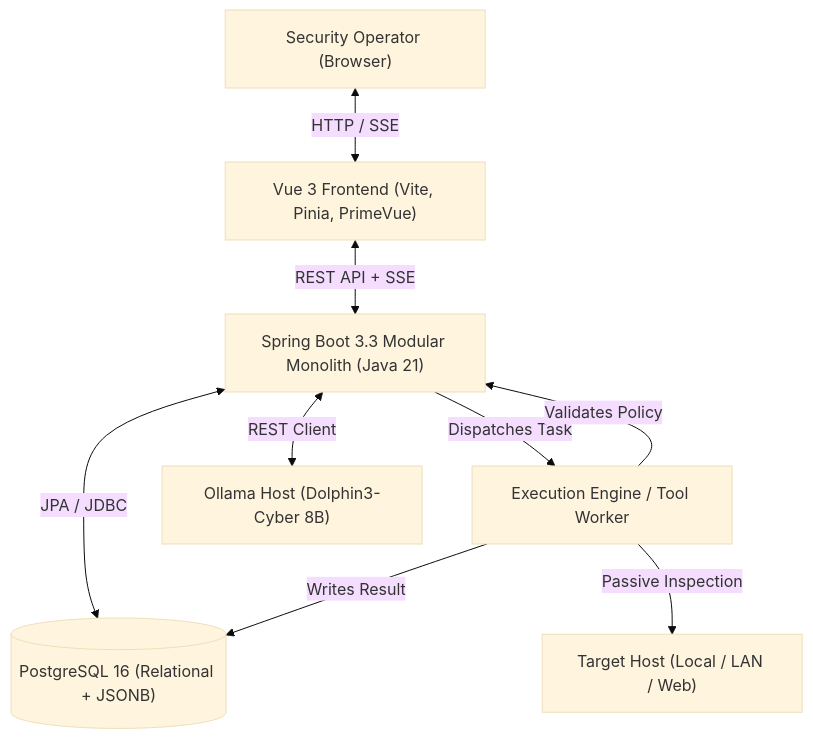
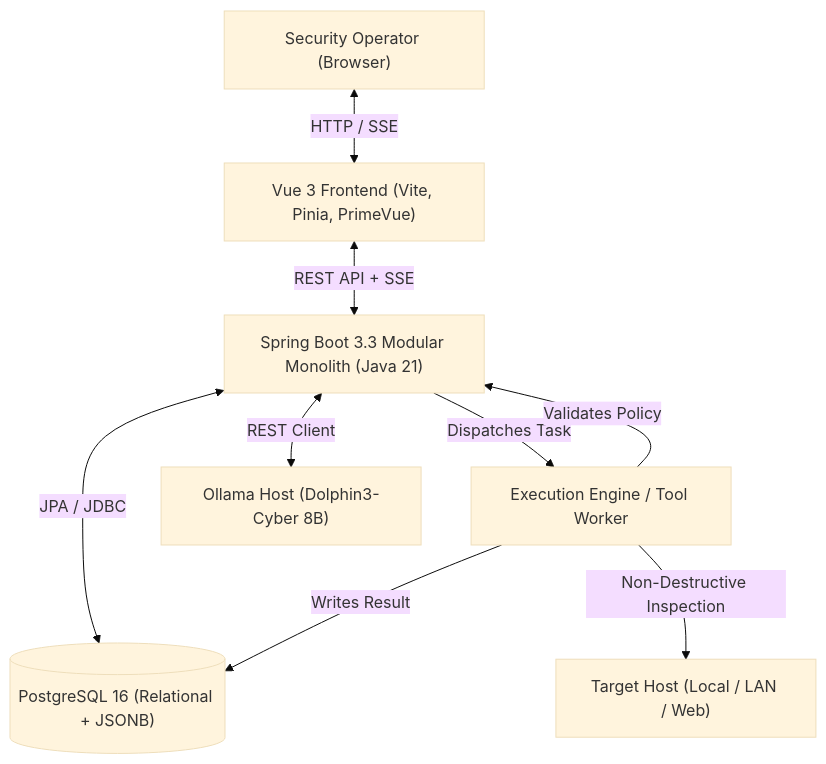
One commit to MarcencoDasuka/Ospysin changed the first of 2 diagrams in docs/02-ARCHITECTURE.md. Above: the diagram before and after it, drawn with Mermaid (base theme). The commit also changed other lines of this file and 19 other files, not shown here.

First line of the commit message:
docs: reconcile data model, api contracts, and architectural specifications

````diff
--- a/docs/02-ARCHITECTURE.md
+++ b/docs/02-ARCHITECTURE.md
@@ -10,19 +10,19 @@
 ```mermaid
 graph TD
     User["Security Operator (Browser)"]
     Frontend["Vue 3 Frontend (Vite, Pinia, PrimeVue)"]
     Backend["Spring Boot 3.3 Modular Monolith (Java 21)"]
     Postgres[("PostgreSQL 16 (Relational + JSONB)")]
     Worker["Execution Engine / Tool Worker"]
     Ollama["Ollama Host (Dolphin3-Cyber 8B)"]
     Target["Target Host (Local / LAN / Web)"]
 
     User <-->|HTTP / SSE| Frontend
     Frontend <-->|REST API + SSE| Backend
     Backend <-->|JPA / JDBC| Postgres
     Backend -->|Dispatches Task| Worker
     Worker -->|Validates Policy| Backend
-    Worker -->|Passive Inspection| Target
+    Worker -->|Non-Destructive Inspection| Target
     Worker -->|Writes Result| Postgres
     Backend <-->|REST Client| Ollama
 ```
````
